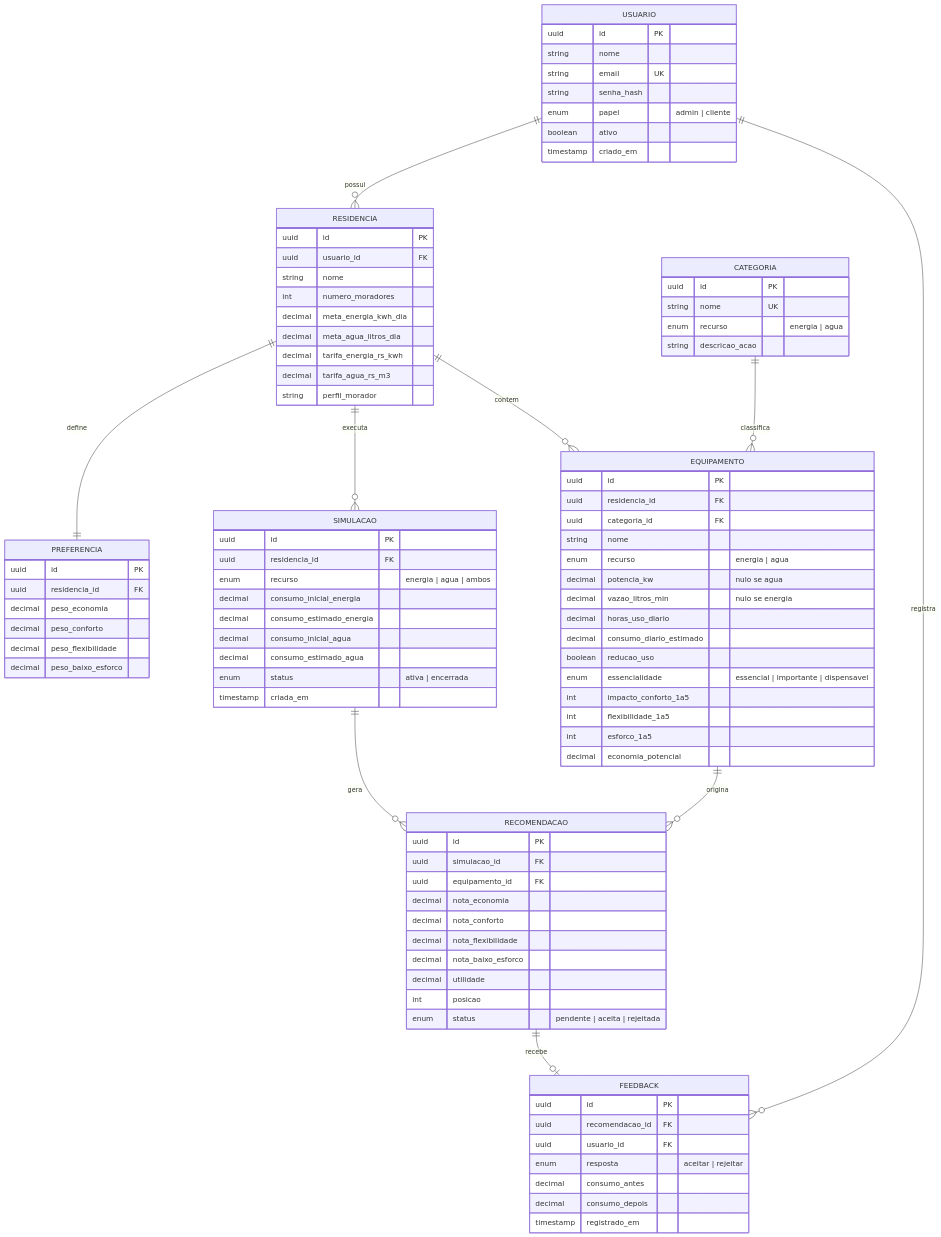
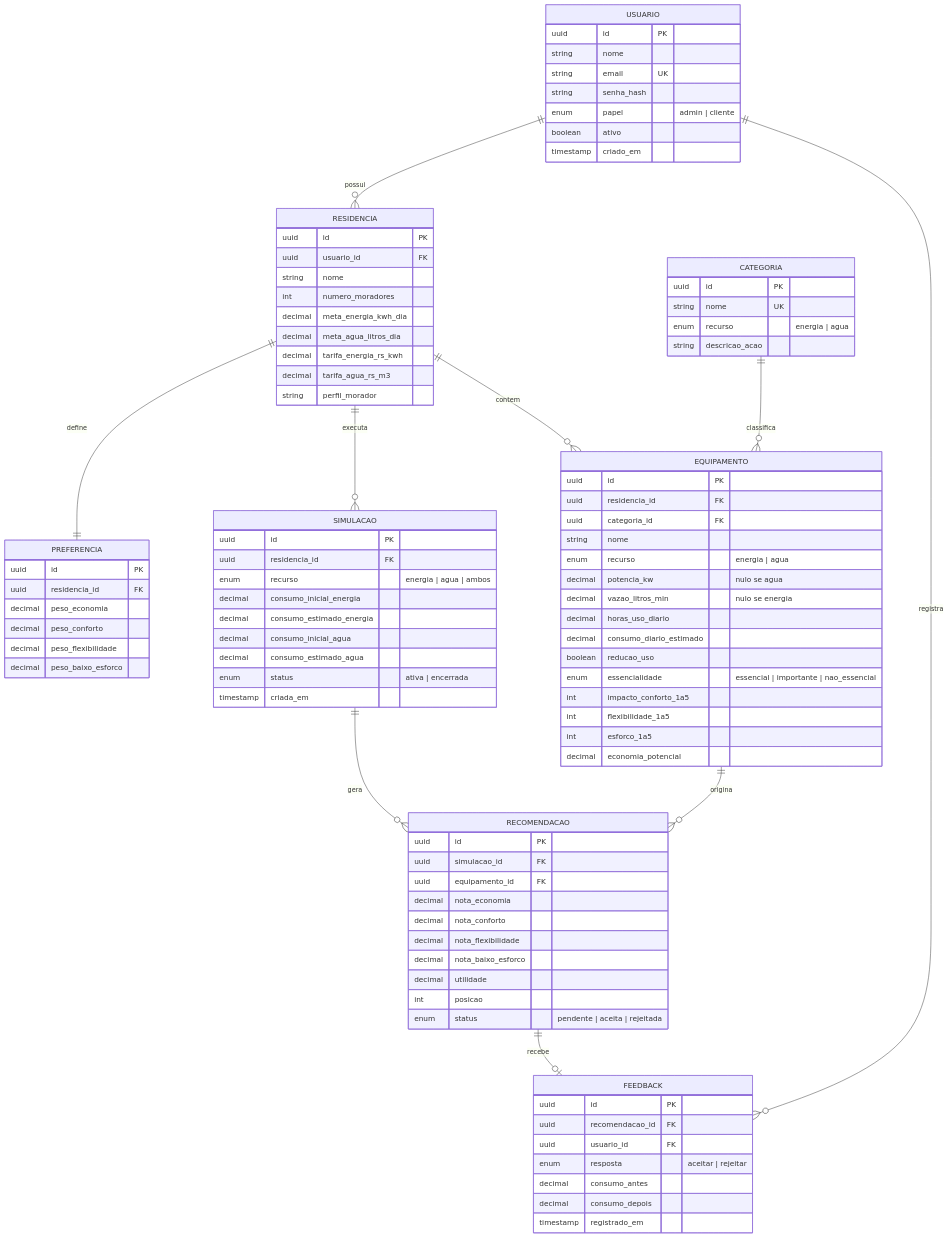
One commit to Joloano/agente-recomendacao-economia changed the first of 3 diagrams in docs/diagramas.md. Above: the diagram before and after it, drawn with Mermaid. The commit also changed other lines of this file and 18 other files, not shown here.

```diff
--- a/docs/diagramas.md
+++ b/docs/diagramas.md
@@ -59,7 +59,7 @@
         decimal horas_uso_diario
         decimal consumo_diario_estimado
         boolean reducao_uso
-        enum essencialidade "essencial | importante | dispensavel"
+        enum essencialidade "essencial | importante | nao_essencial"
         int impacto_conforto_1a5
         int flexibilidade_1a5
         int esforco_1a5
```
